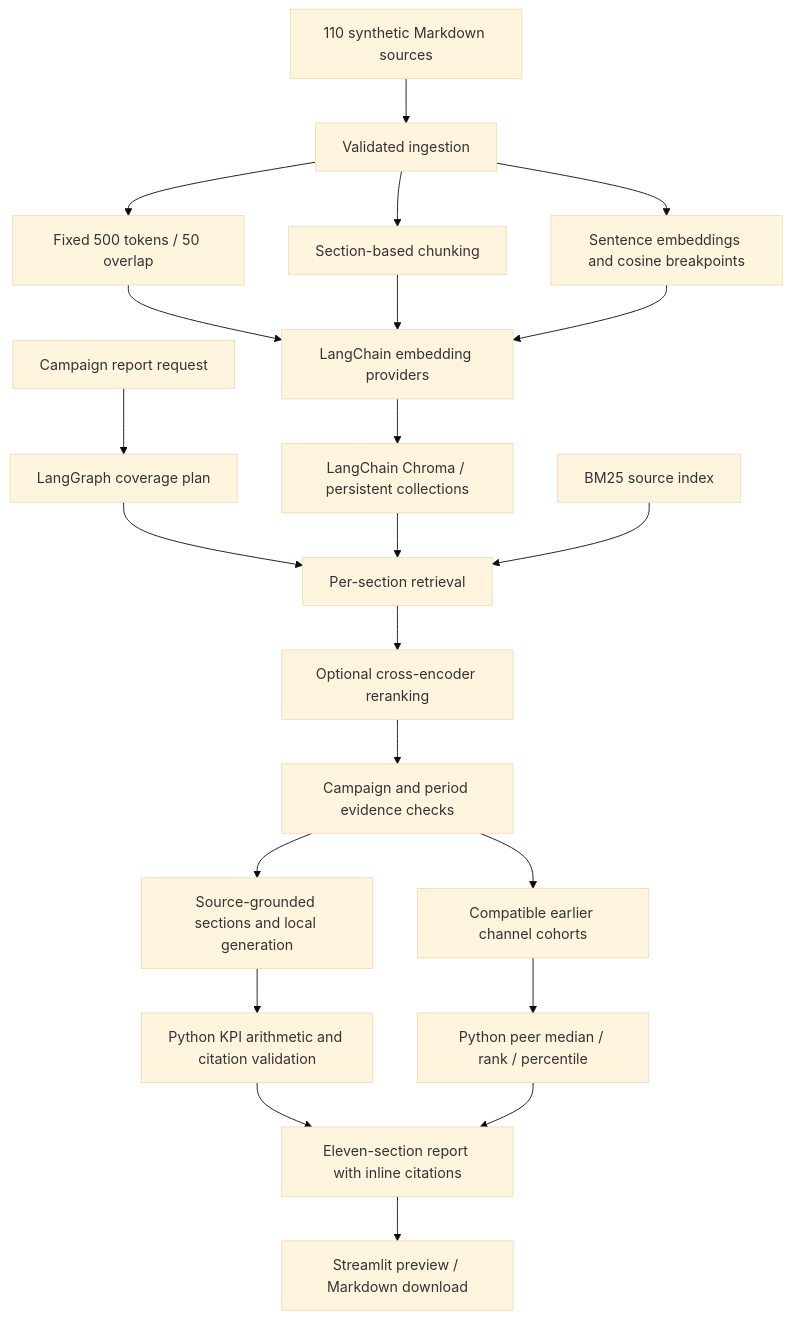
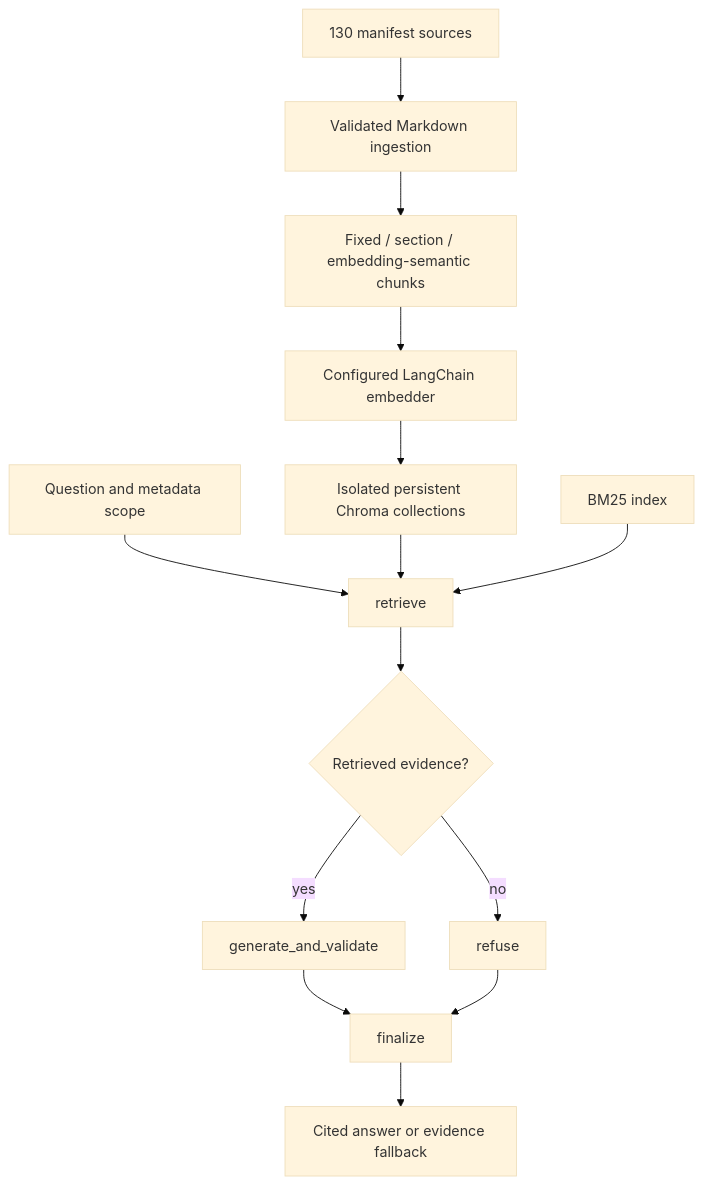
The diagram in Campaign-Intelligence-Hub/docs/architecture.md (Chandra-P/Master_AgenticAI), drawn with Mermaid (base theme) before and after one commit. The commit also changed other lines of this file and 526 other files, not shown here.

````diff
--- a/Campaign-Intelligence-Hub/docs/architecture.md
+++ b/Campaign-Intelligence-Hub/docs/architecture.md
@@ -7,24 +7,16 @@
 ```mermaid
 flowchart TD
-    C[110 synthetic Markdown sources] --> I[Validated ingestion]
-    I --> F[Fixed 500 tokens / 50 overlap]
-    I --> S[Section-based chunking]
-    I --> T[Sentence embeddings and cosine breakpoints]
-    F --> E[LangChain embedding providers]
-    S --> E
-    T --> E
-    E --> D[LangChain Chroma / persistent collections]
-    U[Campaign report request] --> L[LangGraph coverage plan]
-    L --> R[Per-section retrieval]
-    D --> R
-    B[BM25 source index] --> R
-    R --> RR[Optional cross-encoder reranking]
-    RR --> V[Campaign and period evidence checks]
-    V --> G[Source-grounded sections and local generation]
-    G --> K[Python KPI arithmetic and citation validation]
-    K --> O[Eleven-section report with inline citations]
-    V --> H[Compatible earlier channel cohorts]
-    H --> P[Python peer median / rank / percentile]
-    P --> O
-    O --> UI[Streamlit preview / Markdown download]
+    S[130 manifest sources] --> I[Validated Markdown ingestion]
+    I --> C[Fixed / section / embedding-semantic chunks]
+    C --> E[Configured LangChain embedder]
+    E --> V[Isolated persistent Chroma collections]
+    Q[Question and metadata scope] --> R[retrieve]
+    V --> R
+    B[BM25 index] --> R
+    R --> D{Retrieved evidence?}
+    D -->|yes| G[generate_and_validate]
+    D -->|no| N[refuse]
+    G --> F[finalize]
+    N --> F
+    F --> A[Cited answer or evidence fallback]
 ```
````
